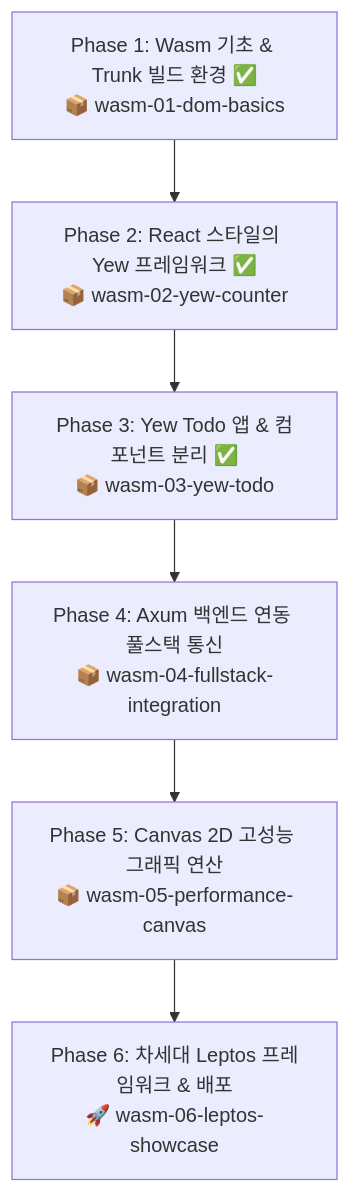
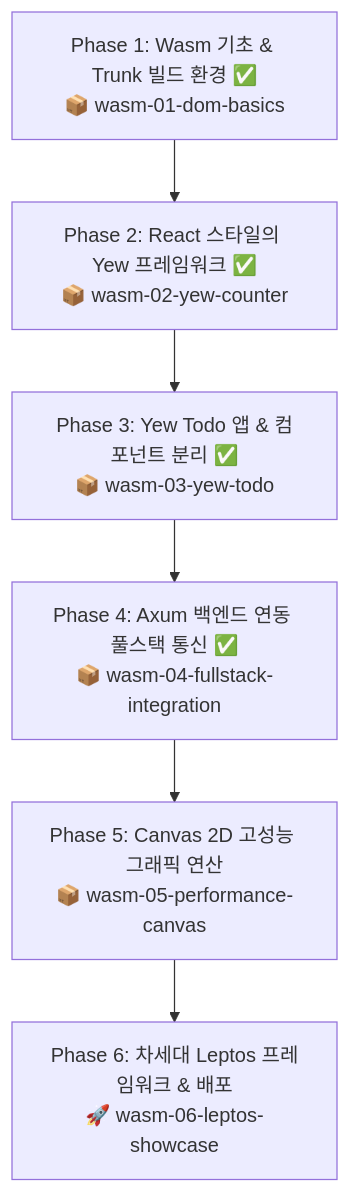
Before and after one commit to space-cap/rust-sandbox: the diagram in docs/frontend/frontend_learning_plan.md, drawn with Mermaid. The commit also changed other lines of this file and 33 other files, not shown here.

Commit message:
기능구현: Phase 4 Axum 백엔드 및 Yew 풀스택 연동 (wasm-04-fullstack-integration) 완성

````diff
--- a/docs/frontend/frontend_learning_plan.md
+++ b/docs/frontend/frontend_learning_plan.md
@@ -21,8 +21,8 @@
 ```mermaid
 flowchart TD
     F1["Phase 1: Wasm 기초 & Trunk 빌드 환경 ✅<br/>📦 wasm-01-dom-basics"] --> F2["Phase 2: React 스타일의 Yew 프레임워크 ✅<br/>📦 wasm-02-yew-counter"]
     F2 --> F3["Phase 3: Yew Todo 앱 & 컴포넌트 분리 ✅<br/>📦 wasm-03-yew-todo"]
-    F3 --> F4["Phase 4: Axum 백엔드 연동 풀스택 통신<br/>📦 wasm-04-fullstack-integration"]
+    F3 --> F4["Phase 4: Axum 백엔드 연동 풀스택 통신 ✅<br/>📦 wasm-04-fullstack-integration"]
     F4 --> F5["Phase 5: Canvas 2D 고성능 그래픽 연산<br/>📦 wasm-05-performance-canvas"]
     F5 --> F6["Phase 6: 차세대 Leptos 프레임워크 & 배포<br/>🚀 wasm-06-leptos-showcase"]
 ```
````
